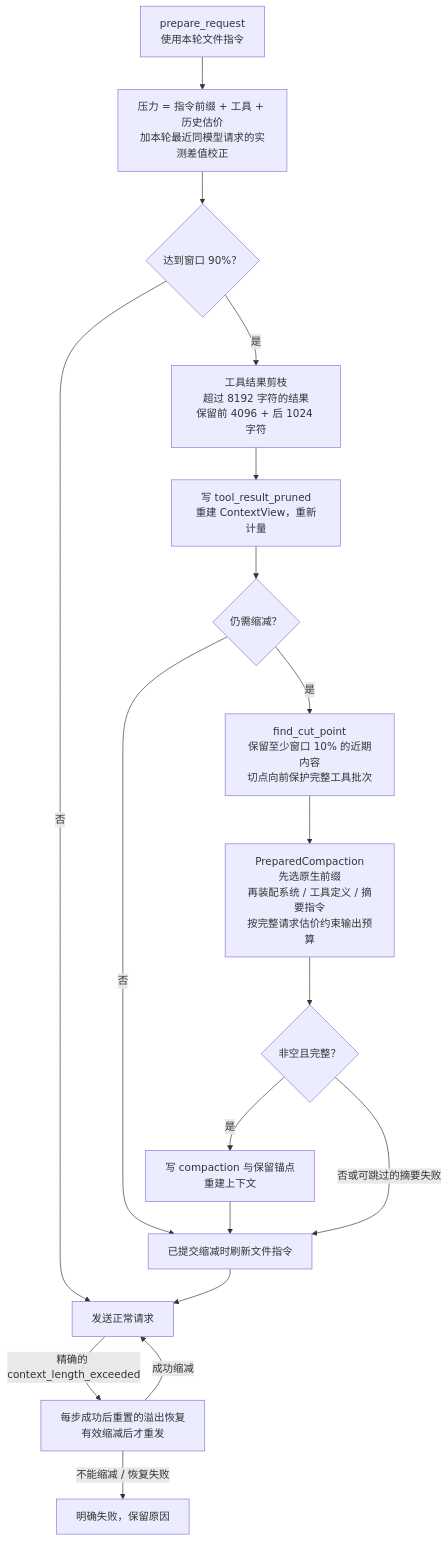
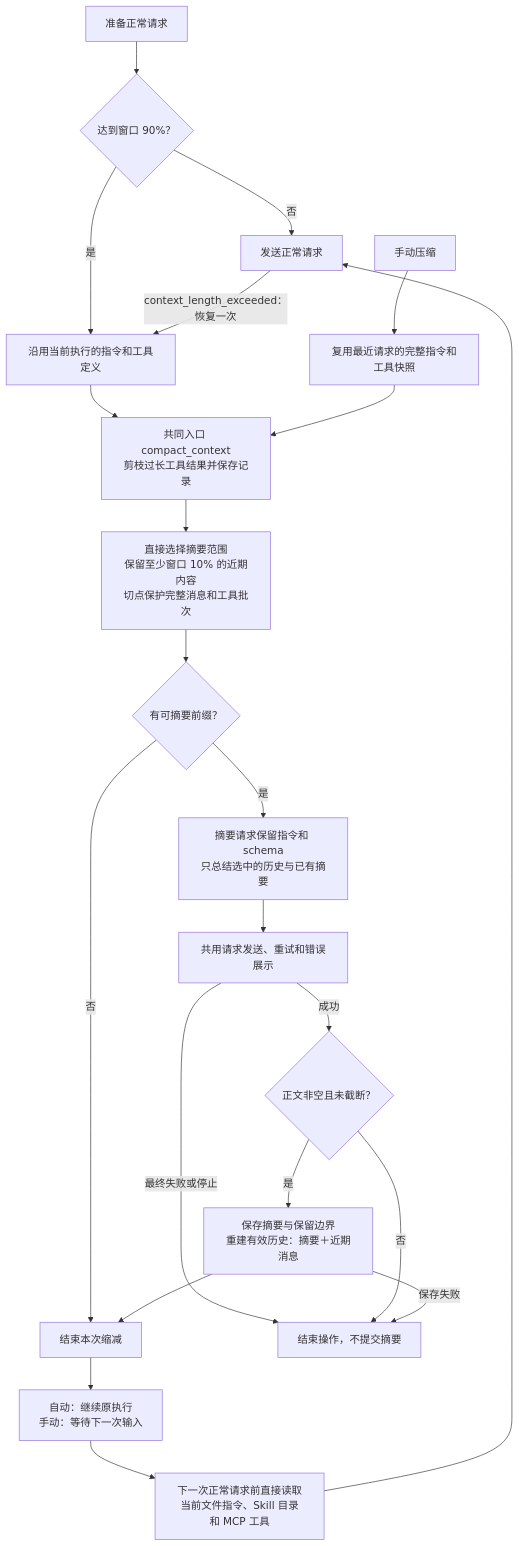
Diagram 23 of 29 in docs/architecture.md (qjcnmd/singularity-agent), drawn with Mermaid before and after one commit. The commit also changed other lines of this file and 38 other files, not shown here.

````diff
--- a/docs/architecture.md
+++ b/docs/architecture.md
@@ -652,20 +652,24 @@
 ```mermaid
 flowchart TB
-    Start["prepare_request<br/>使用本轮文件指令"] --> Estimate["压力 = 指令前缀 + 工具 + 历史估价<br/>加本轮最近同模型请求的实测差值校正"]
-    Estimate --> Pressure{"达到窗口 90%？"}
+    Start["准备正常请求"] --> Pressure{"达到窗口 90%？"}
     Pressure -->|"否"| Send["发送正常请求"]
-    Pressure -->|"是"| Prune["工具结果剪枝<br/>超过 8192 字符的结果<br/>保留前 4096 + 后 1024 字符"]
-    Prune --> Measure["写 tool_result_pruned<br/>重建 ContextView，重新计量"]
-    Measure --> Need{"仍需缩减？"}
-    Need -->|"否"| Refresh["已提交缩减时刷新文件指令"]
-    Need -->|"是"| Cut["find_cut_point<br/>保留至少窗口 10% 的近期内容<br/>切点向前保护完整工具批次"]
-    Cut --> Summary["PreparedCompaction<br/>先选原生前缀<br/>再装配系统 / 工具定义 / 摘要指令<br/>按完整请求估价约束输出预算"]
-    Summary --> Valid{"非空且完整？"}
-    Valid -->|"是"| Commit["写 compaction 与保留锚点<br/>重建上下文"]
-    Commit --> Refresh
-    Valid -->|"否或可跳过的摘要失败"| Refresh
+    Pressure -->|"是"| Active["沿用当前执行的指令和工具定义"]
+    Send -->|"context_length_exceeded：恢复一次"| Active
+    Manual["手动压缩"] --> Saved["复用最近请求的完整指令和工具快照"]
+    Active --> Prune["共同入口 compact_context<br/>剪枝过长工具结果并保存记录"]
+    Saved --> Prune
+    Prune --> Cut["直接选择摘要范围<br/>保留至少窗口 10% 的近期内容<br/>切点保护完整消息和工具批次"]
+    Cut --> HasHistory{"有可摘要前缀？"}
+    HasHistory -->|"否"| Finish["结束本次缩减"]
+    HasHistory -->|"是"| Summary["摘要请求保留指令和 schema<br/>只总结选中的历史与已有摘要"]
+    Summary --> Request["共用请求发送、重试和错误展示"]
+    Request -->|"最终失败或停止"| Error["结束操作，不提交摘要"]
+    Request -->|"成功"| Valid{"正文非空且未截断？"}
+    Valid -->|"否"| Error
+    Valid -->|"是"| Commit["保存摘要与保留边界<br/>重建有效历史：摘要＋近期消息"]
+    Commit -->|"保存失败"| Error
+    Commit --> Finish
+    Finish --> Resume["自动：继续原执行<br/>手动：等待下一次输入"]
+    Resume --> Refresh["下一次正常请求前直接读取<br/>当前文件指令、Skill 目录和 MCP 工具"]
     Refresh --> Send
-    Send -->|"精确的 context_length_exceeded"| Forced["每步成功后重置的溢出恢复<br/>有效缩减后才重发"]
-    Forced -->|"成功缩减"| Send
-    Forced -->|"不能缩减 / 恢复失败"| Error["明确失败，保留原因"]
 ```
````
